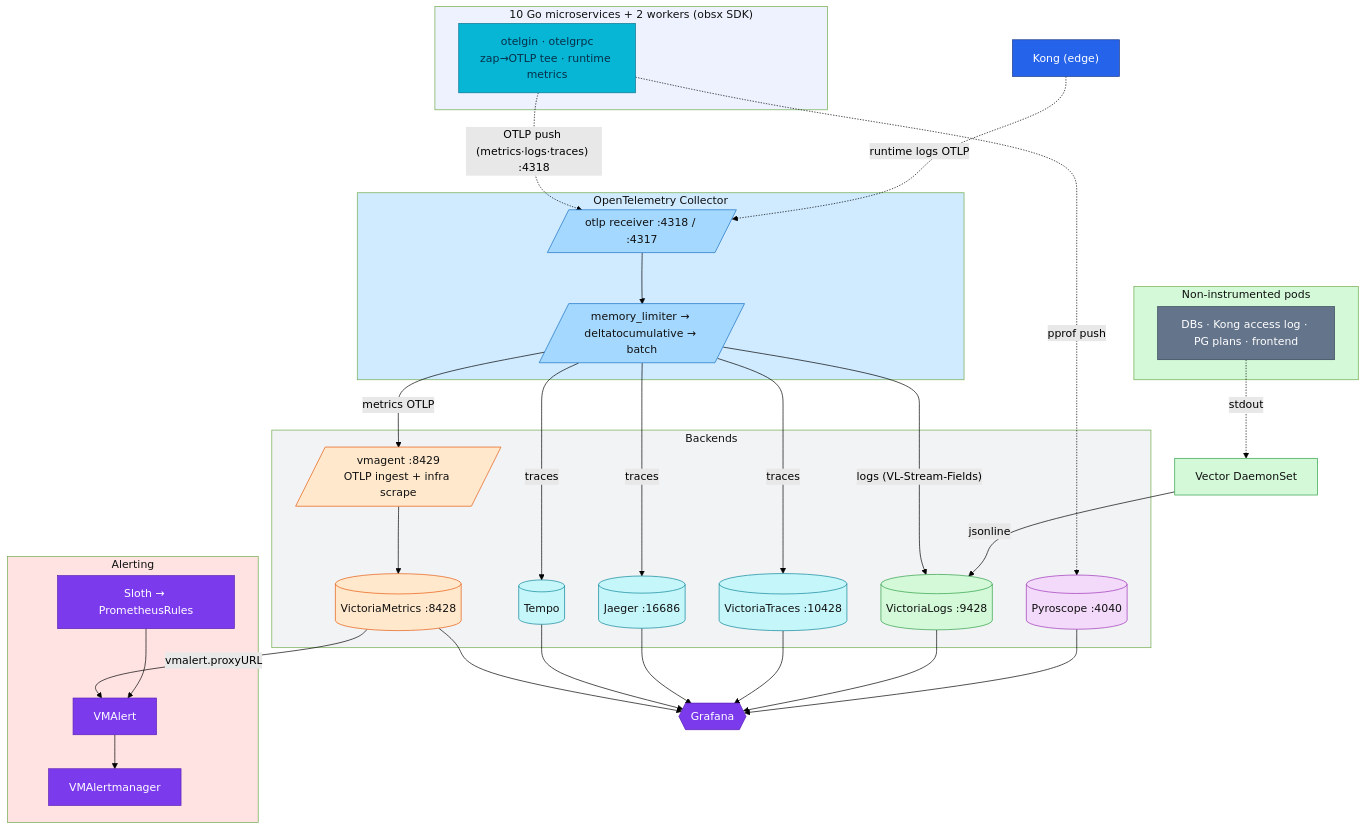
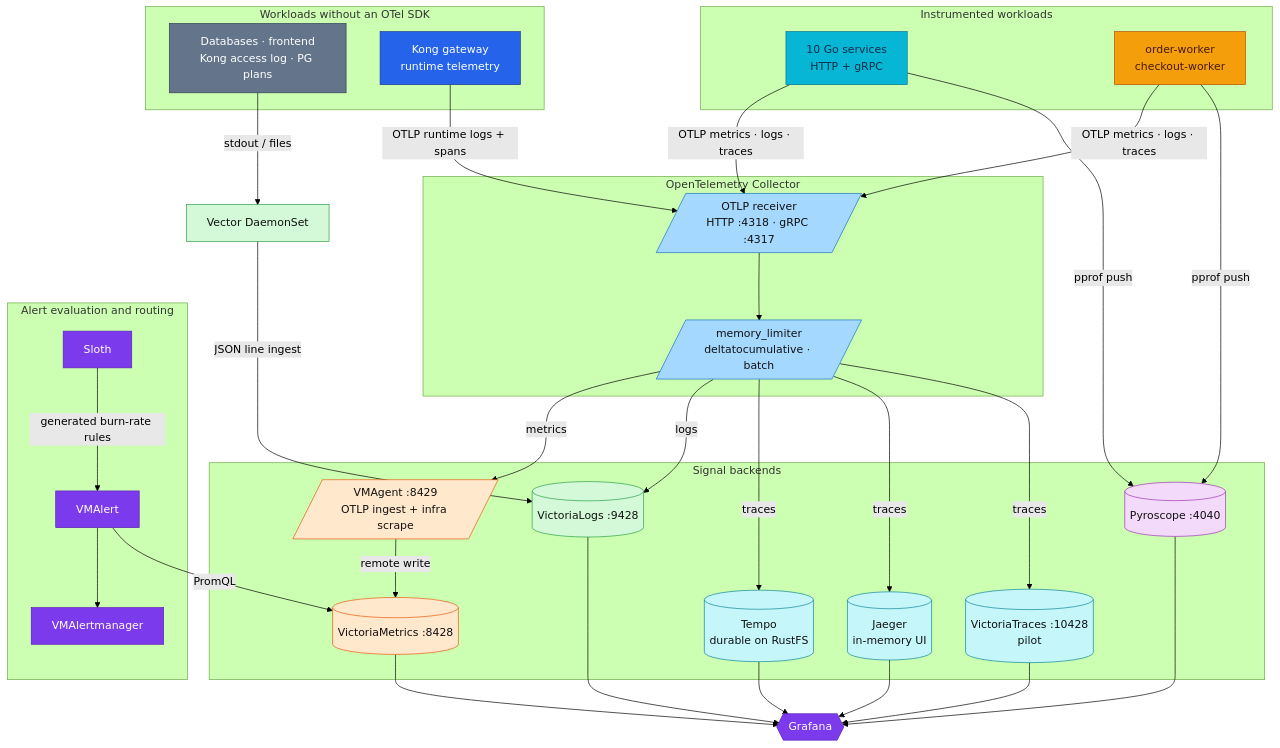
One commit to duynhlab/homelab changed the first of 6 diagrams in docs/observability/README.md. Above: the diagram before and after it, drawn with Mermaid (forest theme). The commit also changed other lines of this file and 33 other files, not shown here.

First line of the commit message:
Refresh observability diagrams (#516)

````diff
--- a/docs/observability/README.md
+++ b/docs/observability/README.md
@@ -17,81 +17,81 @@
 ```mermaid
 flowchart TB
-    subgraph apps["10 Go microservices + 2 workers (obsx SDK)"]
-        SVC["otelgin · otelgrpc<br/>zap→OTLP tee · runtime metrics"]
-    end
-    subgraph infra["Non-instrumented pods"]
-        INF["DBs · Kong access log · PG plans · frontend"]
+    subgraph workloads["Instrumented workloads"]
+        Services["10 Go services<br/>HTTP + gRPC"]
+        Workers["order-worker<br/>checkout-worker"]
     end
 
-    subgraph col["OpenTelemetry Collector"]
-        RCV[/"otlp receiver :4318 / :4317"/]
-        PROC[/"memory_limiter → deltatocumulative → batch"/]
-        RCV --> PROC
+    subgraph nonSdk["Workloads without an OTel SDK"]
+        Infra["Databases · frontend<br/>Kong access log · PG plans"]
+        Kong["Kong gateway<br/>runtime telemetry"]
     end
 
-    VEC["Vector DaemonSet"]
+    subgraph collectorNode["OpenTelemetry Collector"]
+        Receiver[/"OTLP receiver<br/>HTTP :4318 · gRPC :4317"/]
+        Processors[/"memory_limiter<br/>deltatocumulative · batch"/]
+        Receiver --> Processors
+    end
 
-    subgraph be["Backends"]
-        VMAgent[/"vmagent :8429<br/>OTLP ingest + infra scrape"/]
+    Vector["Vector DaemonSet"]
+
+    subgraph backends["Signal backends"]
+        VMAgent[/"VMAgent :8429<br/>OTLP ingest + infra scrape"/]
         VMSingle[("VictoriaMetrics :8428")]
-        Tempo[("Tempo")]
-        Jaeger[("Jaeger :16686")]
-        VT[("VictoriaTraces :10428")]
         VLogs[("VictoriaLogs :9428")]
+        Tempo[("Tempo<br/>durable on RustFS")]
+        Jaeger[("Jaeger<br/>in-memory UI")]
+        VT[("VictoriaTraces :10428<br/>pilot")]
         Pyro[("Pyroscope :4040")]
     end
 
-    subgraph alert["Alerting"]
+    subgraph alerting["Alert evaluation and routing"]
+        Sloth["Sloth"]
         VMAlert["VMAlert"]
         VMAM["VMAlertmanager"]
-        Sloth["Sloth → PrometheusRules"]
+        Sloth -->|"generated burn-rate rules"| VMAlert
+        VMAlert --> VMAM
     end
 
     Grafana{{"Grafana"}}
 
-    SVC -.->|"OTLP push (metrics·logs·traces) :4318"| RCV
-    SVC -.->|"pprof push"| Pyro
-    INF -.->|"stdout"| VEC
-    Kong["Kong (edge)"] -.->|"runtime logs OTLP"| RCV
-
-    PROC -->|"metrics OTLP"| VMAgent --> VMSingle
-    PROC -->|"traces"| Tempo
-    PROC -->|"traces"| Jaeger
-    PROC -->|"traces"| VT
-    PROC -->|"logs (VL-Stream-Fields)"| VLogs
-    VEC -->|"jsonline"| VLogs
+    Services & Workers -->|"OTLP metrics · logs · traces"| Receiver
+    Services & Workers -->|"pprof push"| Pyro
+    Infra -->|"stdout / files"| Vector
+    Kong -->|"OTLP runtime logs + spans"| Receiver
+    Processors -->|"metrics"| VMAgent
+    Processors -->|"logs"| VLogs
+    Processors -->|"traces"| Tempo
+    Processors -->|"traces"| Jaeger
+    Processors -->|"traces"| VT
+    Vector -->|"JSON line ingest"| VLogs
+    VMAgent -->|"remote write"| VMSingle
+    VMAlert -->|"PromQL"| VMSingle
 
     VMSingle --> Grafana
+    VLogs --> Grafana
     Tempo --> Grafana
     Jaeger --> Grafana
     VT --> Grafana
-    VLogs --> Grafana
     Pyro --> Grafana
 
-    VMSingle -->|"vmalert.proxyURL"| VMAlert --> VMAM
-    Sloth --> VMAlert
-
-    classDef metric fill:#ffe8cc,stroke:#e8590c,color:#111;
-    classDef log fill:#d3f9d8,stroke:#2f9e44,color:#111;
-    classDef trace fill:#c5f6fa,stroke:#0c8599,color:#111;
-    classDef profile fill:#f3d9fa,stroke:#9c36b5,color:#111;
-    classDef otc fill:#a5d8ff,stroke:#1971c2,color:#111;
-    classDef app fill:#06b6d4,color:#082f49,stroke:#0e7490;
     classDef edge fill:#2563eb,color:#fff,stroke:#1e3a8a;
+    classDef service fill:#06b6d4,color:#082f49,stroke:#0e7490;
+    classDef worker fill:#f59e0b,color:#451a03,stroke:#b45309;
     classDef platform fill:#7c3aed,color:#fff,stroke:#5b21b6;
     classDef external fill:#64748b,color:#fff,stroke:#334155;
-    class RCV,PROC otc;
-    class VMSingle,VMAgent metric;
-    class VLogs,VEC log;
+    classDef metric fill:#ffe8cc,color:#111,stroke:#e8590c;
+    classDef log fill:#d3f9d8,color:#111,stroke:#2f9e44;
+    classDef trace fill:#c5f6fa,color:#111,stroke:#0c8599;
+    classDef profile fill:#f3d9fa,color:#111,stroke:#9c36b5;
+    classDef collector fill:#a5d8ff,color:#111,stroke:#1971c2;
+    class Services service;
+    class Workers worker;
+    class Receiver,Processors collector;
+    class VMAgent,VMSingle metric;
+    class Vector,VLogs log;
     class Tempo,Jaeger,VT trace;
     class Pyro profile;
-    class SVC app;
+    class Sloth,VMAlert,VMAM,Grafana platform;
     class Kong edge;
-    class Grafana,VMAlert,VMAM,Sloth platform;
-    class INF external;
-    style apps fill:#eef2ff,color:#111;
-    style infra fill:#d3f9d8,color:#111;
-    style col fill:#d0ebff,color:#111;
-    style be fill:#f1f3f5,color:#111;
-    style alert fill:#ffe3e3,color:#111;
+    class Infra external;
 ```
````
